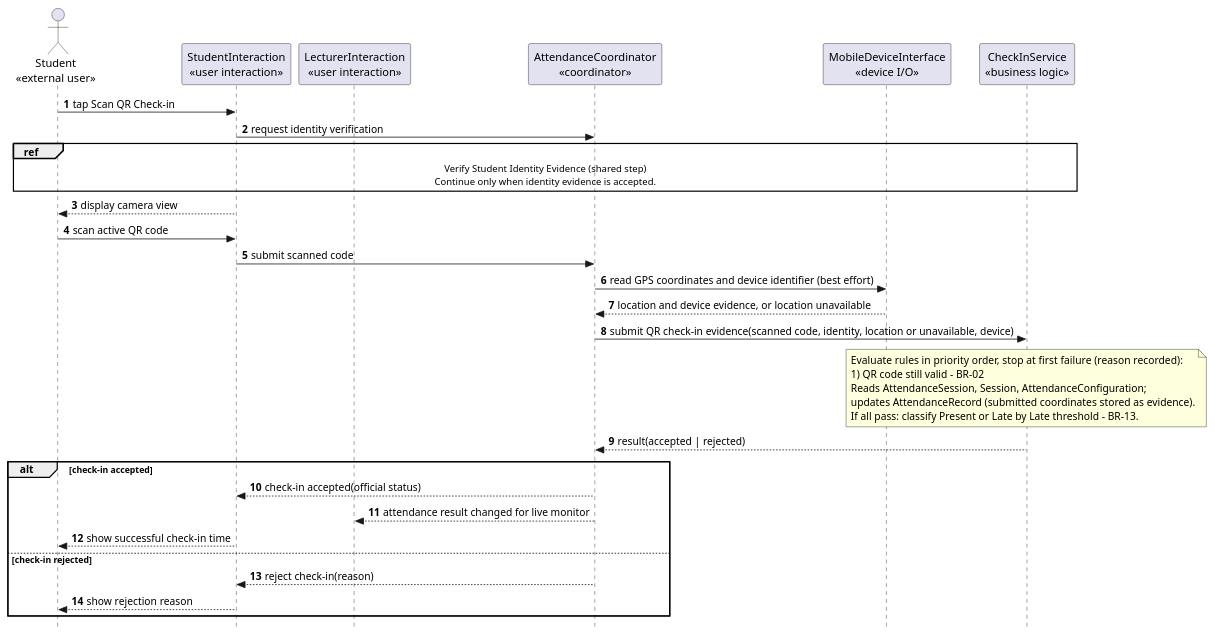
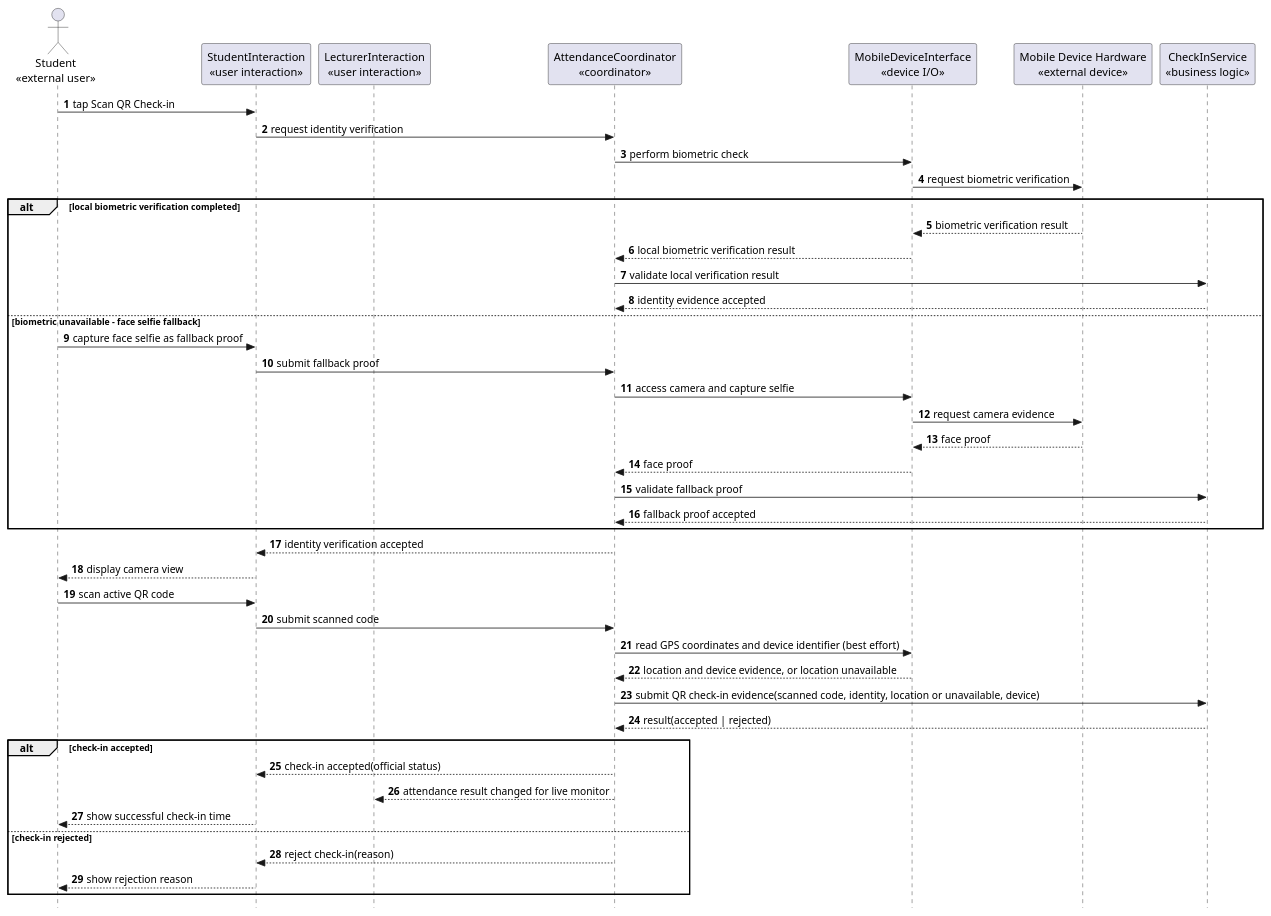
Before and after one commit to nttung42/SWD392: the first of 3 diagrams in docs/rds/2_Sequence_Diagram.md, drawn with PlantUML. The commit also changed other lines of this file and 2 other files, not shown here.

Commit message:
gộp shared steps

````diff
--- a/docs/rds/2_Sequence_Diagram.md
+++ b/docs/rds/2_Sequence_Diagram.md
@@ -57,45 +18,52 @@
 ```plantuml
 @startuml
 skinparam style strictuml
 autonumber
 actor "Student\n«external user»" as Student
 participant "StudentInteraction\n«user interaction»" as StudentUI
 participant "LecturerInteraction\n«user interaction»" as LecturerUI
 participant "AttendanceCoordinator\n«coordinator»" as CheckInControl
 participant "MobileDeviceInterface\n«device I/O»" as MobileSensor
+participant "Mobile Device Hardware\n«external device»" as MobileHardware
 participant "CheckInService\n«business logic»" as AttendanceRules
 
 Student -> StudentUI : tap Scan QR Check-in
 StudentUI -> CheckInControl : request identity verification
-ref over Student, StudentUI, CheckInControl, MobileSensor, AttendanceRules
-  Verify Student Identity Evidence (shared step)
-  Continue only when identity evidence is accepted.
-end ref
+CheckInControl -> MobileSensor : perform biometric check
+MobileSensor -> MobileHardware : request biometric verification
+
+alt local biometric verification completed
+  MobileHardware --> MobileSensor : biometric verification result
+  MobileSensor --> CheckInControl : local biometric verification result
+  CheckInControl -> AttendanceRules : validate local verification result
+  AttendanceRules --> CheckInControl : identity evidence accepted
+else biometric unavailable - face selfie fallback
+  Student -> StudentUI : capture face selfie as fallback proof
+  StudentUI -> CheckInControl : submit fallback proof
+  CheckInControl -> MobileSensor : access camera and capture selfie
+  MobileSensor -> MobileHardware : request camera evidence
+  MobileHardware --> MobileSensor : face proof
+  MobileSensor --> CheckInControl : face proof
+  CheckInControl -> AttendanceRules : validate fallback proof
+  AttendanceRules --> CheckInControl : fallback proof accepted
+end
+CheckInControl --> StudentUI : identity verification accepted
 
 StudentUI --> Student : display camera view
 Student -> StudentUI : scan active QR code
 StudentUI -> CheckInControl : submit scanned code
 CheckInControl -> MobileSensor : read GPS coordinates and device identifier (best effort)
 MobileSensor --> CheckInControl : location and device evidence, or location unavailable
 CheckInControl -> AttendanceRules : submit QR check-in evidence(scanned code, identity, location or unavailable, device)
-
-note over AttendanceRules
-  Evaluate rules in priority order, stop at first failure (reason recorded):
-  1) QR code still valid - BR-02
-  Reads AttendanceSession, Session, AttendanceConfiguration;
-  updates AttendanceRecord (submitted coordinates stored as evidence).
-  If all pass: classify Present or Late by Late threshold - BR-13.
-end note
-
 AttendanceRules --> CheckInControl : result(accepted | rejected)
 
 alt check-in accepted
   CheckInControl --> StudentUI : check-in accepted(official status)
   CheckInControl --> LecturerUI : attendance result changed for live monitor
   StudentUI --> Student : show successful check-in time
 else check-in rejected
   CheckInControl --> StudentUI : reject check-in(reason)
   StudentUI --> Student : show rejection reason
 end
 @enduml
 ```
````
